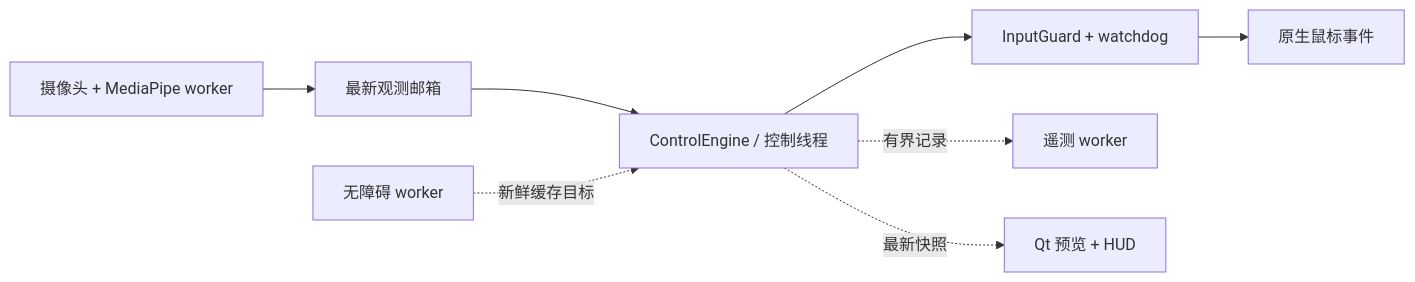
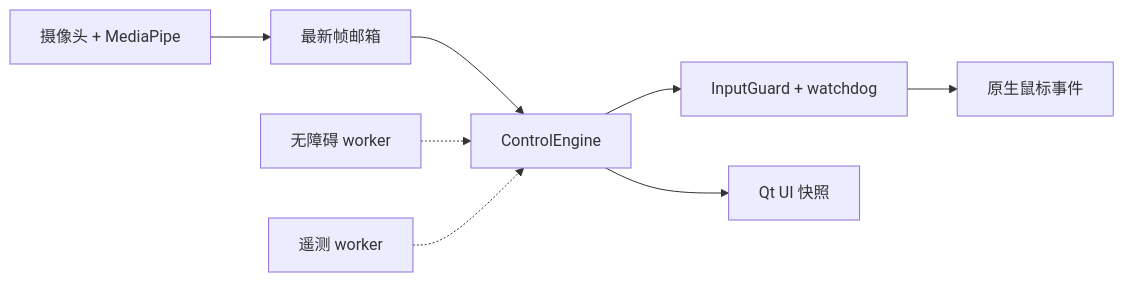
One commit to CYK16688/PinchCursor changed the first of 3 diagrams in README.zh-CN.md. Above: the diagram before and after it, drawn with Mermaid. The commit also changed other lines of this file and 1 other file, not shown here.

Commit message:
docs: simplify README with visual system flows

````diff
--- a/README.zh-CN.md
+++ b/README.zh-CN.md
@@ -52,10 +36,12 @@
 ```mermaid
 flowchart LR
-    Camera[摄像头 + MediaPipe worker] --> Latest[最新观测邮箱]
-    Latest --> Engine[ControlEngine / 控制线程]
-    Engine --> Guard[InputGuard + watchdog]
-    Guard --> Native[原生鼠标事件]
-    AX[无障碍 worker] -. 新鲜缓存目标 .-> Engine
-    Engine -. 有界记录 .-> Log[遥测 worker]
-    Engine -. 最新快照 .-> UI[Qt 预览 + HUD]
+    accTitle: PinchCursor 运行时
+    accDescr: 摄像头画面经过最新帧邮箱进入唯一控制引擎，由控制引擎独占原生鼠标输入并向 UI 发布快照。
+    camera[摄像头 + MediaPipe] --> mailbox[最新帧邮箱]
+    mailbox --> engine[ControlEngine]
+    engine --> guard[InputGuard + watchdog]
+    guard --> mouse[原生鼠标事件]
+    context[无障碍 worker] -.-> engine
+    telemetry[遥测 worker] -.-> engine
+    engine --> ui[Qt UI 快照]
 ```
````
